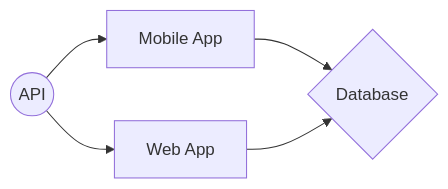
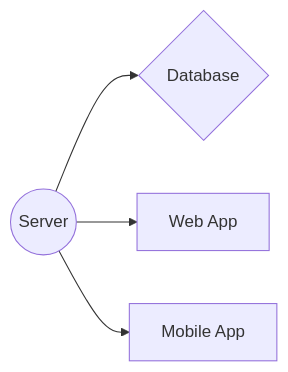
The diagram in doc/Relation.md (raphvrl/AREA), drawn with Mermaid before and after one commit.

Commit message:
[FIX] relation documentation

````diff
--- a/doc/Relation.md
+++ b/doc/Relation.md
@@ -7,7 +7,6 @@
 ```mermaid
 graph LR
-    A((API)) --> C[Web App]
+    A((Server)) --> D{Database}
+    A --> C[Web App]
     A --> B[Mobile App]
-    B --> D{Database}
-    C --> D
 ```
````
